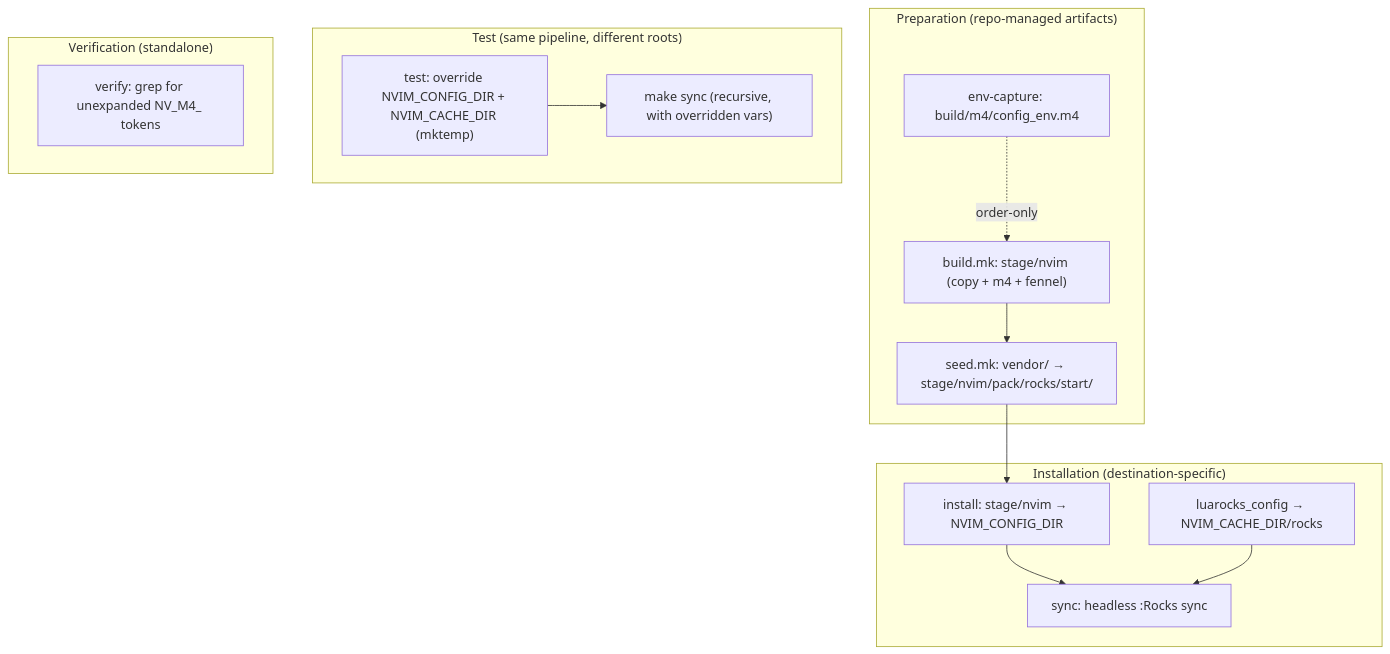
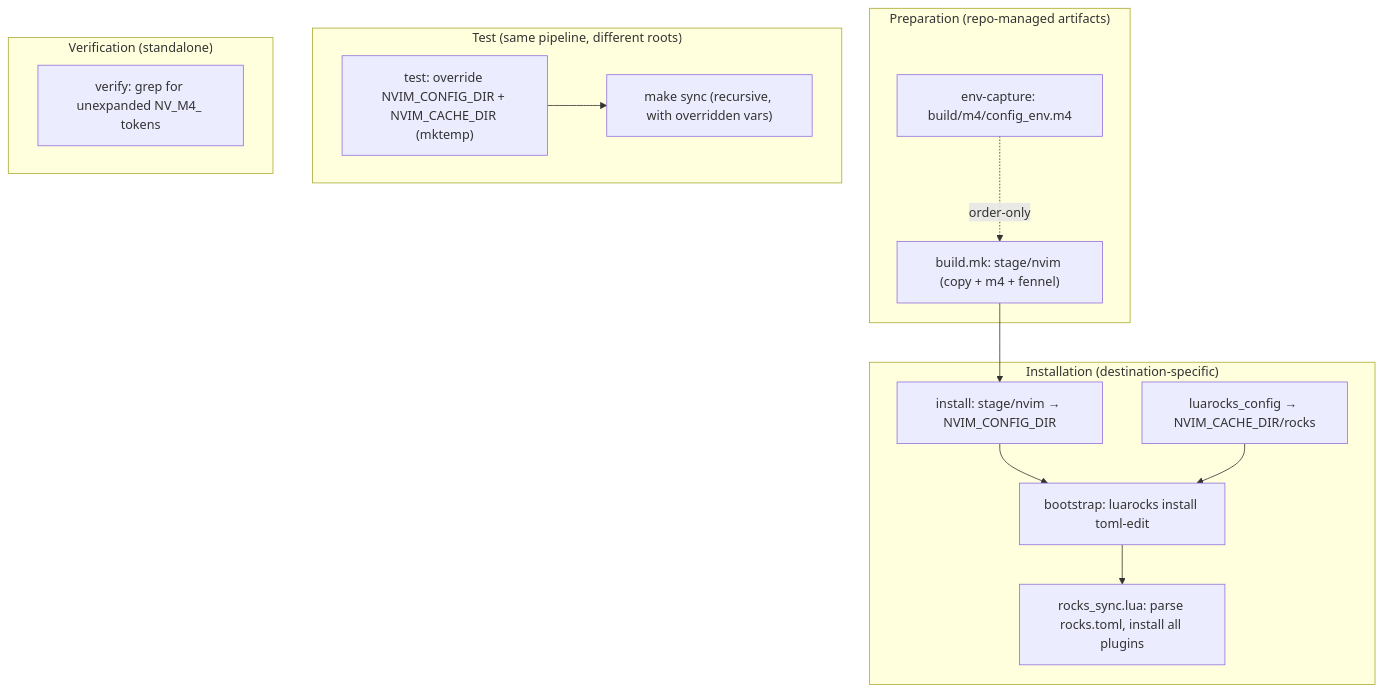
One commit to andrewjstryker/nvim changed the diagram in design.md. Above: the diagram before and after it, drawn with Mermaid. The commit also changed other lines of this file and 1 other file, not shown here.

````diff
--- a/design.md
+++ b/design.md
@@ -408,26 +427,28 @@
 ```mermaid
 flowchart TD
   subgraph Prep["Preparation (repo-managed artifacts)"]
     E["env-capture: build/m4/config_env.m4"]
     E -.->|"order-only"| B["build.mk: stage/nvim (copy + m4 + fennel)"]
-    B --> SD["seed.mk: vendor/ → stage/nvim/pack/rocks/start/"]
   end
 
   subgraph Install["Installation (destination-specific)"]
     I["install: stage/nvim → NVIM_CONFIG_DIR"]
     LR["luarocks_config → NVIM_CACHE_DIR/rocks"]
-    I --> Y["sync: headless :Rocks sync"]
-    LR --> Y
+    BT["bootstrap: luarocks install toml-edit"]
+    SY["rocks_sync.lua: parse rocks.toml, install all plugins"]
+    I --> BT
+    LR --> BT
+    BT --> SY
   end
 
-  SD --> I
+  B --> I
 
   subgraph Test["Test (same pipeline, different roots)"]
     T["test: override NVIM_CONFIG_DIR + NVIM_CACHE_DIR (mktemp)"]
     T --> T2["make sync (recursive, with overridden vars)"]
   end
 
   subgraph Verify["Verification (standalone)"]
     V["verify: grep for unexpanded NV_M4_ tokens"]
   end
 ```
````
